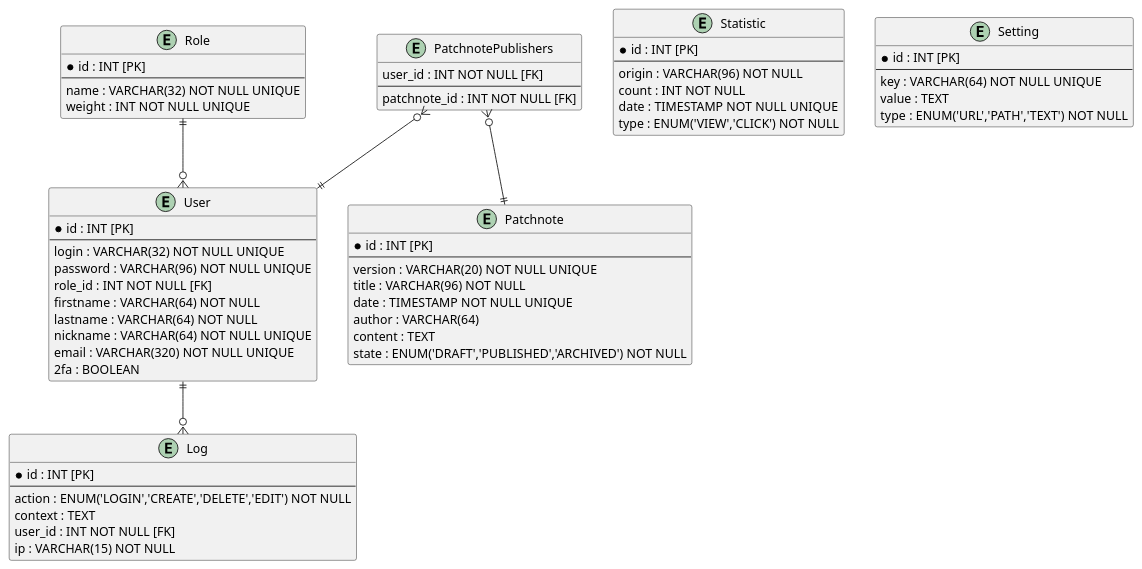
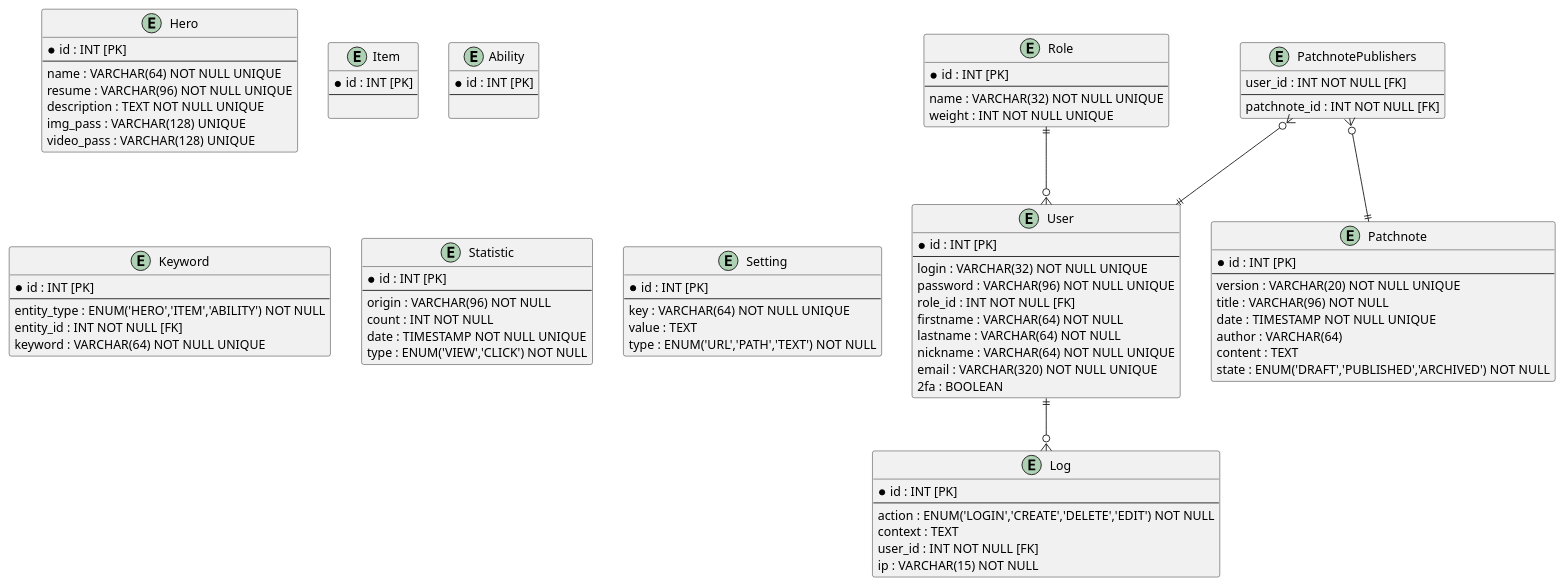
Before and after one commit to Neyticom/Deadlock-France-webapp-front: the diagram in docs/concept/ERD.puml, drawn with PlantUML. The commit also changed other lines of this file, not shown here.

Commit message:
docs: ERD update

```diff
--- a/docs/concept/ERD.puml
+++ b/docs/concept/ERD.puml
@@ -1,69 +1,99 @@
 @startuml
 entity "User" as user {
   * id : INT [PK]
   --
   login : VARCHAR(32) NOT NULL UNIQUE
   password : VARCHAR(96) NOT NULL UNIQUE
   role_id : INT NOT NULL [FK]
   firstname : VARCHAR(64) NOT NULL
   lastname : VARCHAR(64) NOT NULL
   nickname : VARCHAR(64) NOT NULL UNIQUE
   email : VARCHAR(320) NOT NULL UNIQUE  
   2fa : BOOLEAN
 }
 
 entity "Role" as role {
   * id : INT [PK]
   --
   name : VARCHAR(32) NOT NULL UNIQUE
   weight : INT NOT NULL UNIQUE
 }
 
 entity "Patchnote" as patchnote {
   * id : INT [PK]
   --
   version : VARCHAR(20) NOT NULL UNIQUE 
   title : VARCHAR(96) NOT NULL
   date : TIMESTAMP NOT NULL UNIQUE
   author : VARCHAR(64)
   content : TEXT
   state : ENUM('DRAFT','PUBLISHED','ARCHIVED') NOT NULL
+}
+
+entity "Hero" as hero {
+  * id : INT [PK]
+  --
+  name : VARCHAR(64) NOT NULL UNIQUE
+  resume : VARCHAR(96) NOT NULL UNIQUE
+  description : TEXT NOT NULL UNIQUE
+  img_pass : VARCHAR(128) UNIQUE
+  video_pass : VARCHAR(128) UNIQUE
+}
+
+entity "Item" as item {
+  * id : INT [PK]
+  --
+  
+}
+
+entity "Ability" as ability {
+  * id : INT [PK]
+  --
+  
+}
+
+entity "Keyword" as keyword {
+  * id : INT [PK]
+  --
+  entity_type : ENUM('HERO','ITEM','ABILITY') NOT NULL
+  entity_id : INT NOT NULL [FK]
+  keyword : VARCHAR(64) NOT NULL UNIQUE
 }
 
 entity "PatchnotePublishers" as patchnote_publishers {
   user_id : INT NOT NULL [FK]
   --
   patchnote_id : INT NOT NULL [FK]
 }
 
 entity "Statistic" as statistic {
   * id : INT [PK]
   --
   origin : VARCHAR(96) NOT NULL
   count : INT NOT NULL
   date : TIMESTAMP NOT NULL UNIQUE
   type : ENUM('VIEW','CLICK') NOT NULL
 }
 
 entity "Setting" as setting {
   * id : INT [PK]
   --
   key : VARCHAR(64) NOT NULL UNIQUE
   value : TEXT
   type : ENUM('URL','PATH','TEXT') NOT NULL
 }
 
 entity "Log" as log {
   * id : INT [PK]
   --
   action : ENUM('LOGIN','CREATE','DELETE','EDIT') NOT NULL
   context : TEXT
   user_id : INT NOT NULL [FK]
   ip : VARCHAR(15) NOT NULL
 }
 
 role ||--o{ user
 user ||--o{ log
 patchnote_publishers }o--|| patchnote
 patchnote_publishers }o--|| user
 @enduml
```
